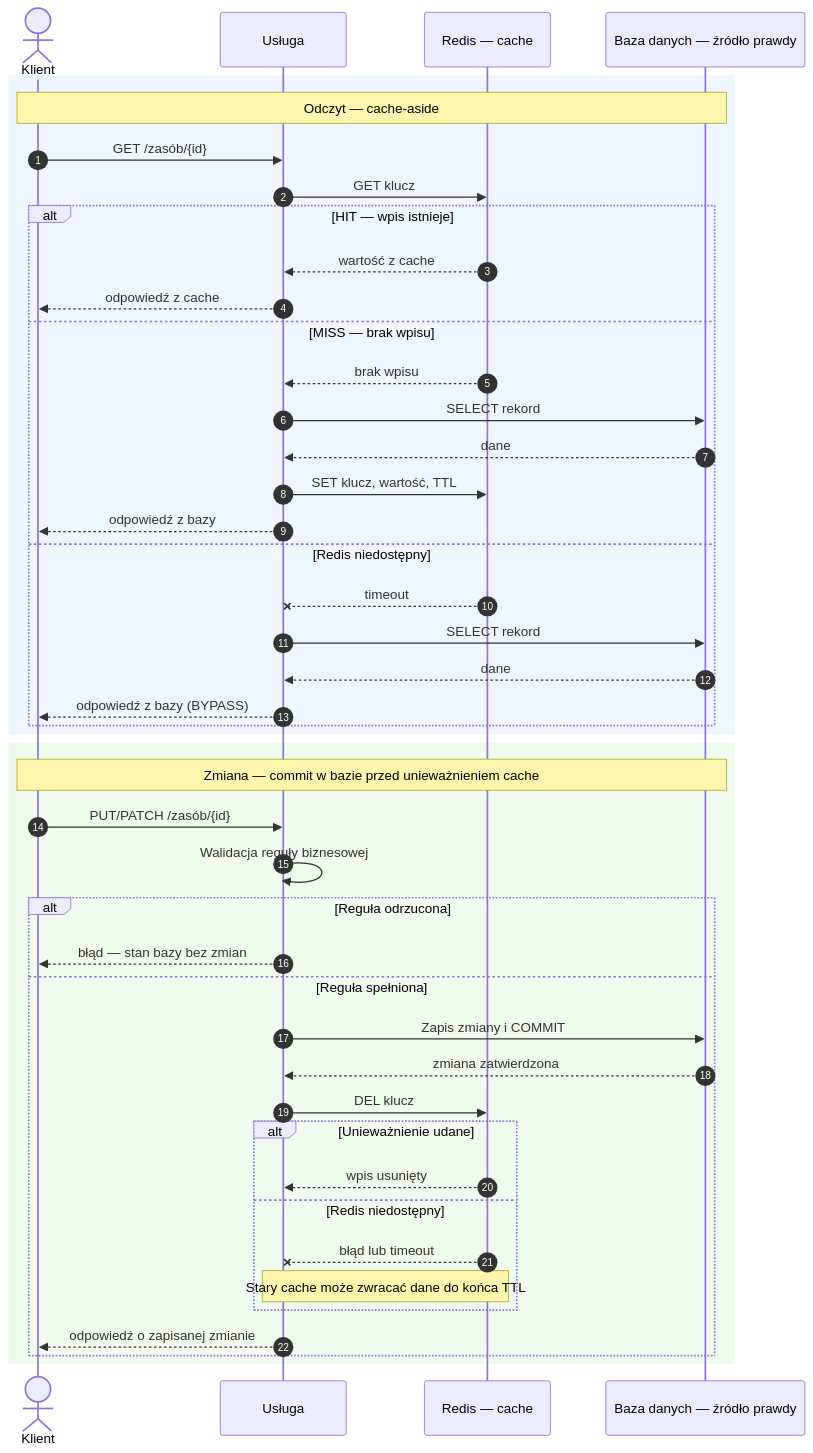
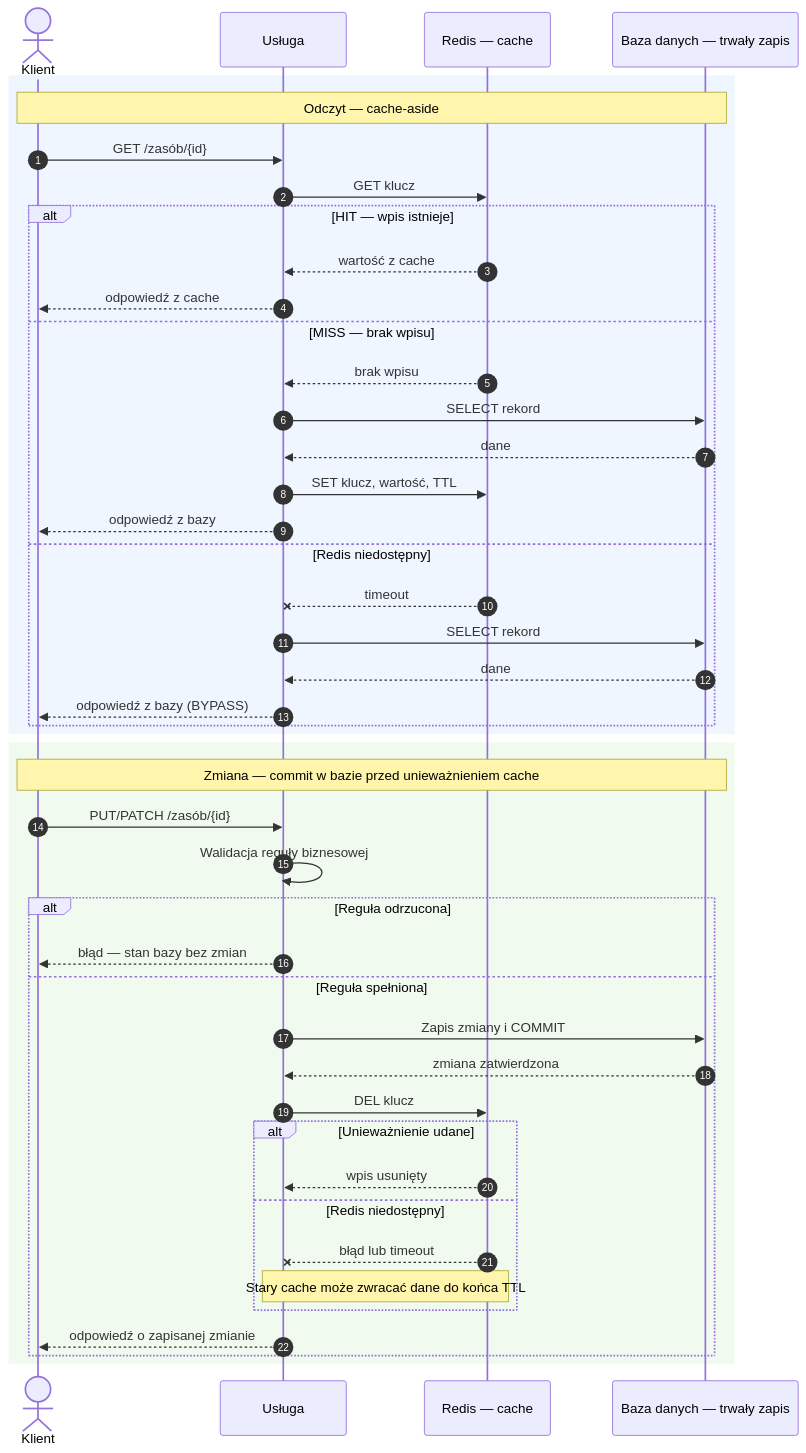
Before and after one commit to wgalka/PAWOoM: the diagram in 2026_2027/lab2/README.md, drawn with Mermaid. The commit also changed other lines of this file and 14 other files, not shown here.

```diff
--- a/2026_2027/lab2/README.md
+++ b/2026_2027/lab2/README.md
@@ -52,49 +52,49 @@
 <pre class="mermaid">
 sequenceDiagram
     autonumber
     actor K as Klient
     participant U as Usługa
     participant R as Redis — cache
-    participant B as Baza danych — źródło prawdy
+    participant B as Baza danych — trwały zapis
 
     rect rgb(239, 246, 255)
         Note over K,B: Odczyt — cache-aside
         K->>U: GET /zasób/{id}
         U->>R: GET klucz
         alt HIT — wpis istnieje
             R-->>U: wartość z cache
             U-->>K: odpowiedź z cache
         else MISS — brak wpisu
             R-->>U: brak wpisu
             U->>B: SELECT rekord
             B-->>U: dane
             U->>R: SET klucz, wartość, TTL
             U-->>K: odpowiedź z bazy
         else Redis niedostępny
             R--xU: timeout
             U->>B: SELECT rekord
             B-->>U: dane
             U-->>K: odpowiedź z bazy (BYPASS)
         end
     end
 
     rect rgb(241, 250, 238)
         Note over K,B: Zmiana — commit w bazie przed unieważnieniem cache
         K->>U: PUT/PATCH /zasób/{id}
         U->>U: Walidacja reguły biznesowej
         alt Reguła odrzucona
             U-->>K: błąd — stan bazy bez zmian
         else Reguła spełniona
             U->>B: Zapis zmiany i COMMIT
             B-->>U: zmiana zatwierdzona
             U->>R: DEL klucz
             alt Unieważnienie udane
                 R-->>U: wpis usunięty
             else Redis niedostępny
                 R--xU: błąd lub timeout
                 Note over U,R: Stary cache może zwracać dane do końca TTL
             end
             U-->>K: odpowiedź o zapisanej zmianie
         end
     end
 </pre>
```
